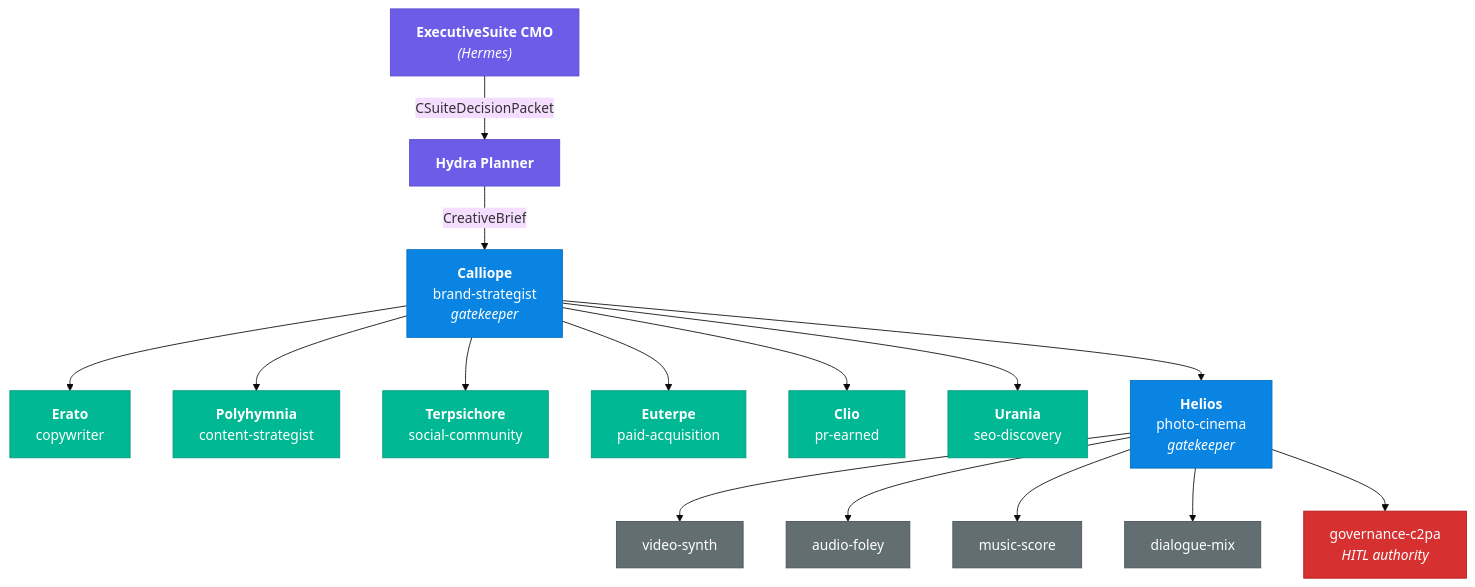
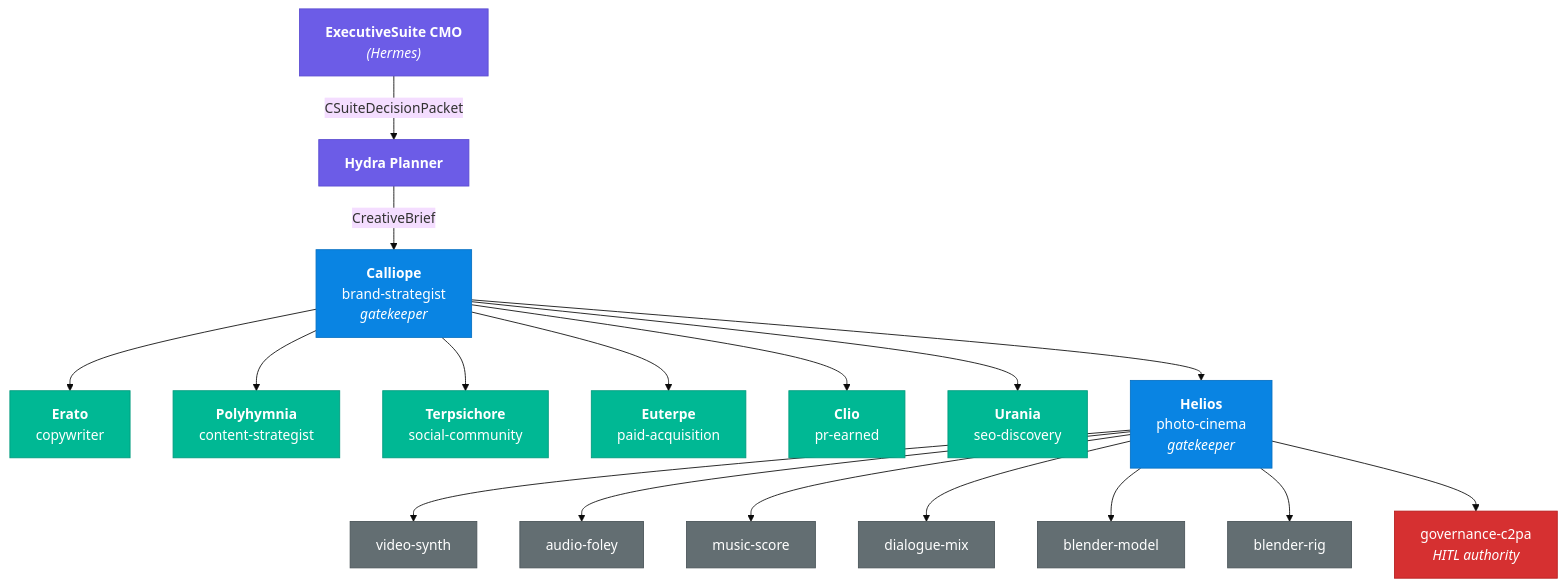
One commit to lebobo88/RLM-Creative changed the first of 3 diagrams in README.md. Above: the diagram before and after it, drawn with Mermaid (base theme). The commit also changed other lines of this file and 26 other files, not shown here.

````diff
--- a/README.md
+++ b/README.md
@@ -30,39 +30,43 @@
 ```mermaid
 flowchart TD
     CMO["<b>ExecutiveSuite CMO</b><br/><i>(Hermes)</i>"]
     HP["<b>Hydra Planner</b>"]
     CAL["<b>Calliope</b><br/>brand-strategist<br/><i>gatekeeper</i>"]
 
     CMO -->|CSuiteDecisionPacket| HP
     HP -->|CreativeBrief| CAL
 
     CAL --> ERA["<b>Erato</b><br/>copywriter"]
     CAL --> POL["<b>Polyhymnia</b><br/>content-strategist"]
     CAL --> TER["<b>Terpsichore</b><br/>social-community"]
     CAL --> EUT["<b>Euterpe</b><br/>paid-acquisition"]
     CAL --> CLI["<b>Clio</b><br/>pr-earned"]
     CAL --> URA["<b>Urania</b><br/>seo-discovery"]
     CAL --> HEL["<b>Helios</b><br/>photo-cinema<br/><i>gatekeeper</i>"]
 
     HEL --> VS["video-synth"]
     HEL --> AF["audio-foley"]
     HEL --> MS["music-score"]
     HEL --> DM["dialogue-mix"]
+    HEL --> BM["blender-model"]
+    HEL --> BR["blender-rig"]
     HEL --> GOV["governance-c2pa<br/><i>HITL authority</i>"]
 
     style CMO fill:#6c5ce7,color:#fff,stroke:#5a4bd1
     style HP fill:#6c5ce7,color:#fff,stroke:#5a4bd1
     style CAL fill:#0984e3,color:#fff,stroke:#0770c2
     style HEL fill:#0984e3,color:#fff,stroke:#0770c2
     style GOV fill:#d63031,color:#fff,stroke:#b71c1c
     style ERA fill:#00b894,color:#fff,stroke:#009a7d
     style POL fill:#00b894,color:#fff,stroke:#009a7d
     style TER fill:#00b894,color:#fff,stroke:#009a7d
     style EUT fill:#00b894,color:#fff,stroke:#009a7d
     style CLI fill:#00b894,color:#fff,stroke:#009a7d
     style URA fill:#00b894,color:#fff,stroke:#009a7d
     style VS fill:#636e72,color:#fff,stroke:#4a5459
     style AF fill:#636e72,color:#fff,stroke:#4a5459
     style MS fill:#636e72,color:#fff,stroke:#4a5459
     style DM fill:#636e72,color:#fff,stroke:#4a5459
+    style BM fill:#636e72,color:#fff,stroke:#4a5459
+    style BR fill:#636e72,color:#fff,stroke:#4a5459
 ```
````
